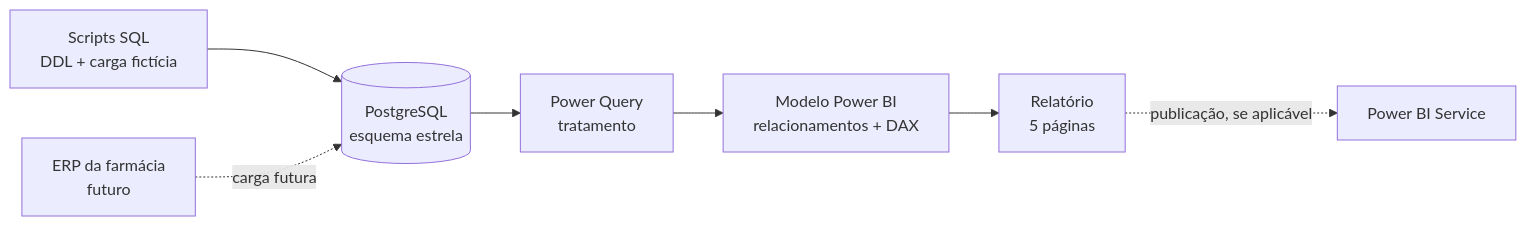
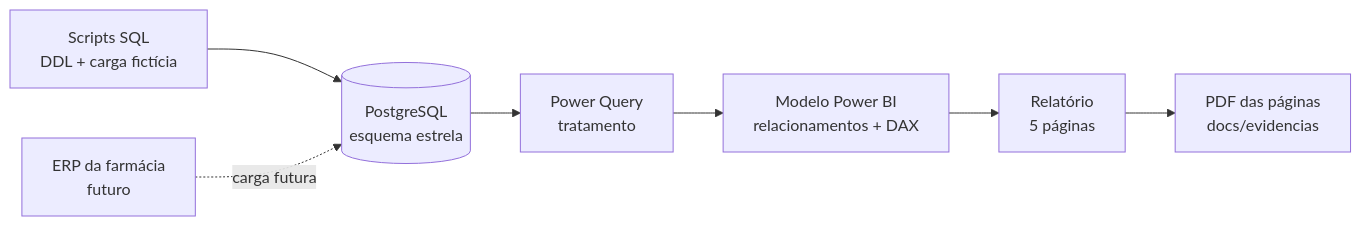
The second of 3 diagrams in docs/documentacao.md (hckm/farmabi), drawn with Mermaid before and after one commit. The commit also changed other lines of this file and 3 other files, not shown here.

````diff
--- a/docs/documentacao.md
+++ b/docs/documentacao.md
@@ -77,9 +78,9 @@
 ```mermaid
 flowchart LR
     SQL[Scripts SQL<br/>DDL + carga fictícia] --> PG[(PostgreSQL<br/>esquema estrela)]
     ERP[ERP da farmácia<br/>futuro] -. carga futura .-> PG
     PG --> PQ[Power Query<br/>tratamento]
     PQ --> MOD[Modelo Power BI<br/>relacionamentos + DAX]
     MOD --> REL[Relatório<br/>5 páginas]
-    REL -. publicação, se aplicável .-> SVC[Power BI Service]
+    REL --> PDF[PDF das páginas<br/>docs/evidencias]
 ```
````
